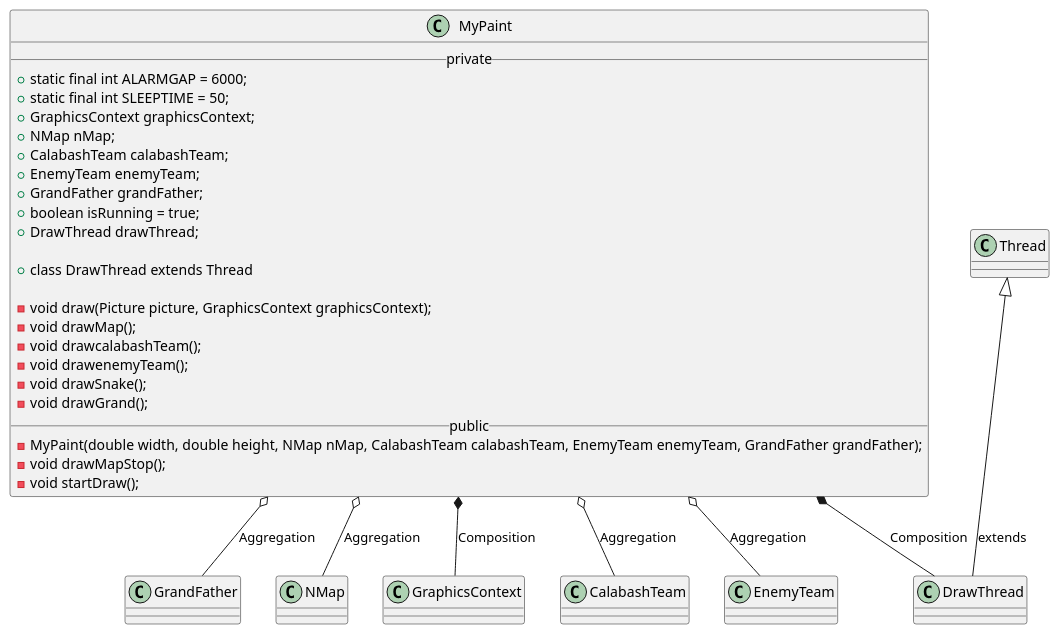
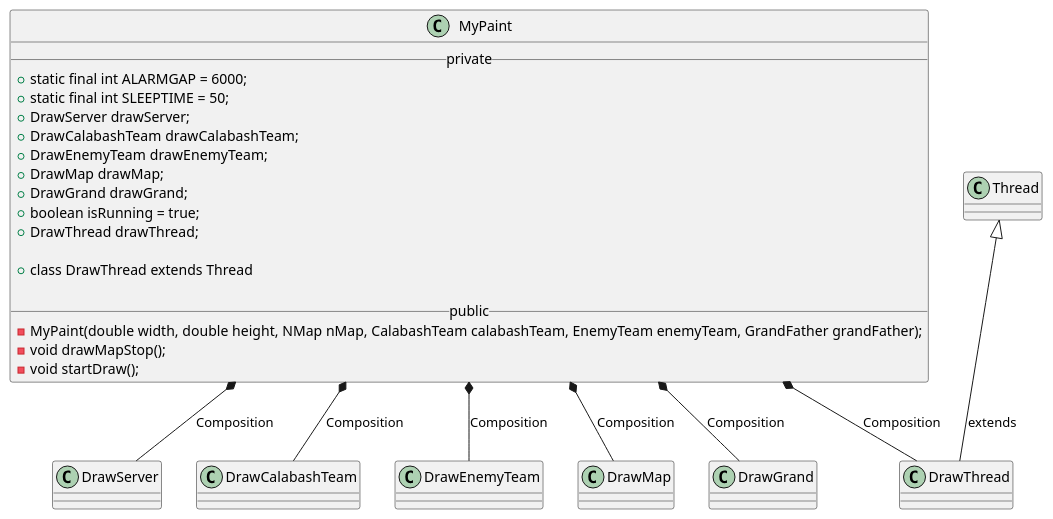
One commit to twiggy1999/java-2019-homeworks changed the diagram in 3-OOPAdvanced/史文泰-171860588/UMLFile/MyPaint.puml. Above: the diagram before and after it, drawn with PlantUML. The commit also changed 28 other files, not shown here.

```diff
--- a/3-OOPAdvanced/史文泰-171860588/UMLFile/MyPaint.puml
+++ b/3-OOPAdvanced/史文泰-171860588/UMLFile/MyPaint.puml
@@ -1,38 +1,33 @@
 @startuml
 
 class MyPaint{
 __ private __
 + static final int ALARMGAP = 6000;
 + static final int SLEEPTIME = 50;
-+ GraphicsContext graphicsContext;
-+ NMap nMap;
-+ CalabashTeam calabashTeam;
-+ EnemyTeam enemyTeam;
-+ GrandFather grandFather;
++ DrawServer drawServer;
++ DrawCalabashTeam drawCalabashTeam;
++ DrawEnemyTeam drawEnemyTeam;
++ DrawMap drawMap;
++ DrawGrand drawGrand;
 + boolean isRunning = true;
 + DrawThread drawThread;
 
 + class DrawThread extends Thread
 
-- void draw(Picture picture, GraphicsContext graphicsContext);
-- void drawMap();
-- void drawcalabashTeam();
-- void drawenemyTeam();
-- void drawSnake();
-- void drawGrand();
 __ public __
 - MyPaint(double width, double height, NMap nMap, CalabashTeam calabashTeam, EnemyTeam enemyTeam, GrandFather grandFather);
 - void drawMapStop();
 - void startDraw();
 }
 
-MyPaint o-- NMap : Aggregation
-MyPaint o-- CalabashTeam : Aggregation
-MyPaint o-- EnemyTeam : Aggregation
-MyPaint o-- GrandFather : Aggregation
+
 MyPaint *-- DrawThread : Composition
-MyPaint *-- GraphicsContext : Composition
 Thread <|-- DrawThread : extends
+MyPaint *-- DrawServer : Composition
+MyPaint *-- DrawCalabashTeam : Composition
+MyPaint *-- DrawEnemyTeam : Composition
+MyPaint *-- DrawMap : Composition
+MyPaint *-- DrawGrand : Composition
 
 
 @enduml
```
